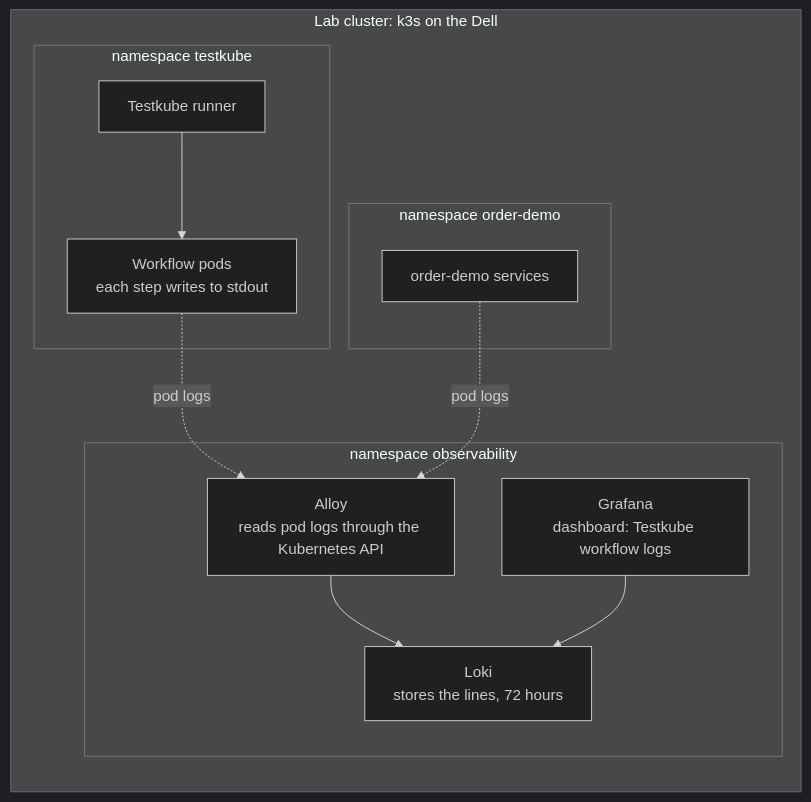
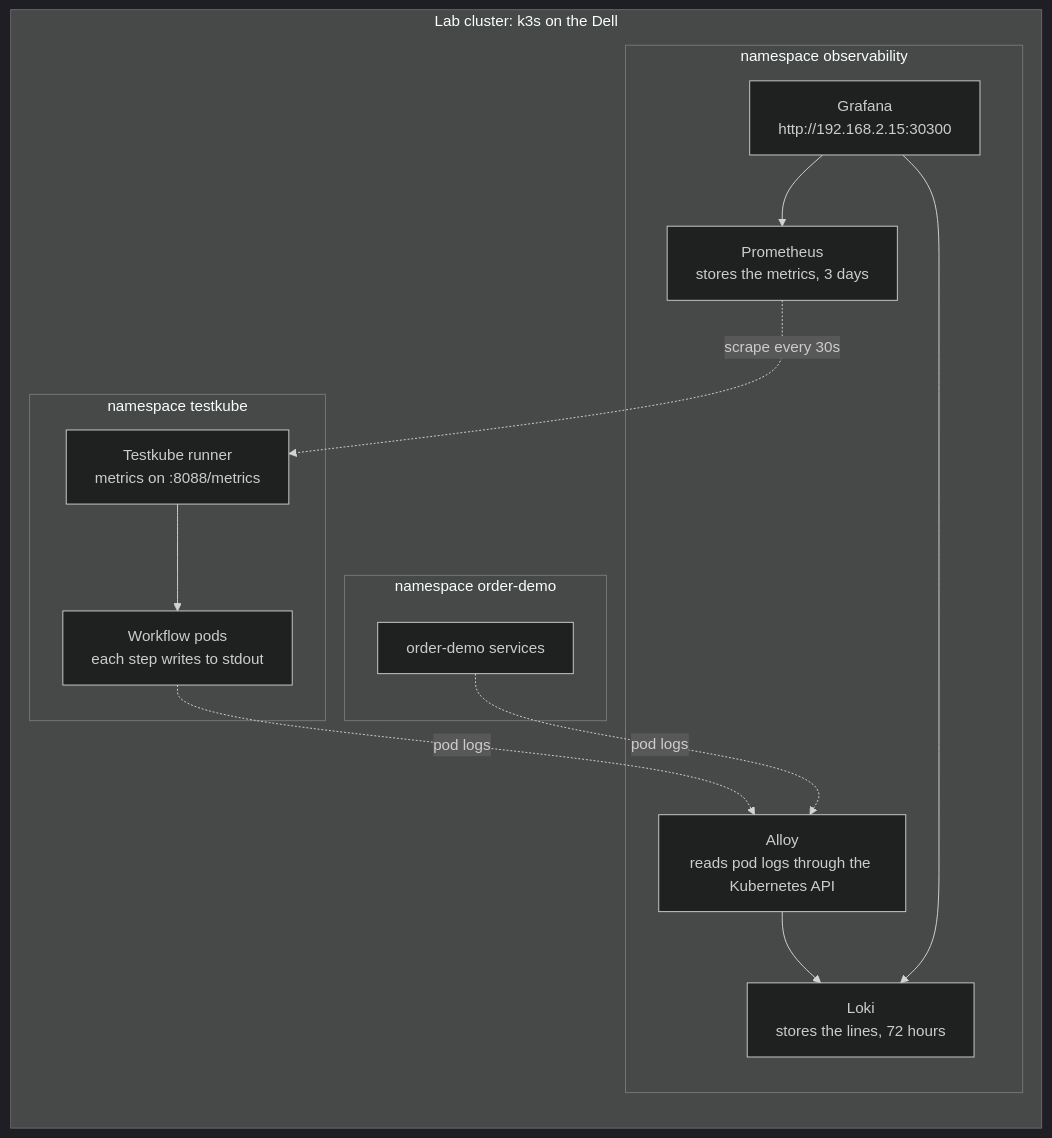
One commit to neuralnimbus22/order-demo-ui changed the diagram in observability/README.md. Above: the diagram before and after it, drawn with Mermaid (dark theme). The commit also changed other lines of this file and 3 other files, not shown here.

First line of the commit message:
Add Prometheus and runner metrics to the lab Grafana setup

````diff
--- a/observability/README.md
+++ b/observability/README.md
@@ -16,17 +22,20 @@
 ```mermaid
 flowchart LR
   subgraph cluster["Lab cluster: k3s on the Dell"]
     subgraph tk["namespace testkube"]
-      runner["Testkube runner"] --> pods["Workflow pods<br/>each step writes to stdout"]
+      runner["Testkube runner<br/>metrics on :8088/metrics"] --> pods["Workflow pods<br/>each step writes to stdout"]
     end
     subgraph od["namespace order-demo"]
       svc["order-demo services"]
     end
     subgraph obs["namespace observability"]
       alloy["Alloy<br/>reads pod logs through the Kubernetes API"] --> loki["Loki<br/>stores the lines, 72 hours"]
-      grafana["Grafana<br/>dashboard: Testkube workflow logs"] --> loki
+      prom["Prometheus<br/>stores the metrics, 3 days"]
+      grafana["Grafana<br/>http://192.168.2.15:30300"] --> loki
+      grafana --> prom
     end
   end
   pods -. pod logs .-> alloy
   svc -. pod logs .-> alloy
+  prom -. scrape every 30s .-> runner
 ```
````
